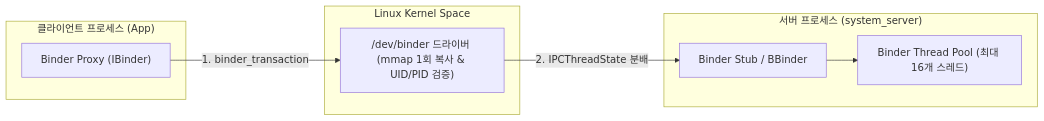
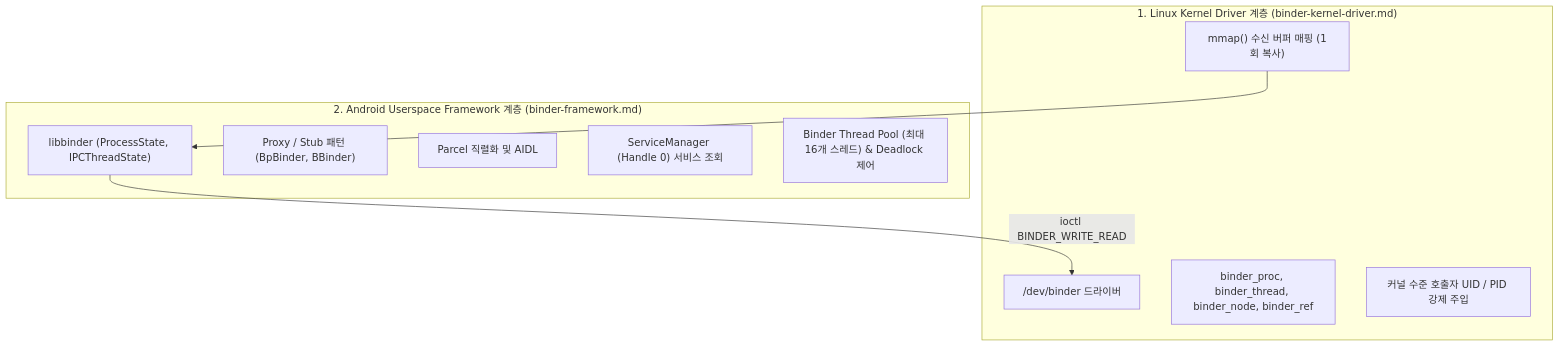
The diagram in 01_inbox/mobile/android/01_system_internals/binder-ipc.md (youngmin-gwon/what-i-studied), drawn with Mermaid before and after one commit. The commit also changed other lines of this file and 6 other files, not shown here.

````diff
--- a/01_inbox/mobile/android/01_system_internals/binder-ipc.md
+++ b/01_inbox/mobile/android/01_system_internals/binder-ipc.md
@@ -26,19 +18,20 @@
 ```mermaid
-graph LR
-    subgraph ClientProc ["클라이언트 프로세스 (App)"]
-        ClientProxy["Binder Proxy (IBinder)"]
+flowchart TD
+    subgraph "1. Linux Kernel Driver 계층 (binder-kernel-driver.md)"
+        Driver["/dev/binder 드라이버"]
+        Mmap["mmap() 수신 버퍼 매핑 (1회 복사)"]
+        KernelStruct["binder_proc, binder_thread, binder_node, binder_ref"]
+        Security["커널 수준 호출자 UID / PID 강제 주입"]
     end
 
-    subgraph KernelSpace ["Linux Kernel Space"]
-        BinderDriver["/dev/binder 드라이버 (mmap 1회 복사 & UID/PID 검증)"]
+    subgraph "2. Android Userspace Framework 계층 (binder-framework.md)"
+        Native["libbinder (ProcessState, IPCThreadState)"]
+        Pattern["Proxy / Stub 패턴 (BpBinder, BBinder)"]
+        Data["Parcel 직렬화 및 AIDL"]
+        Discovery["ServiceManager (Handle 0) 서비스 조회"]
+        Threads["Binder Thread Pool (최대 16개 스레드) & Deadlock 제어"]
     end
 
-    subgraph ServerProc ["서버 프로세스 (system_server)"]
-        BinderStub["Binder Stub / BBinder"]
-        ThreadPool["Binder Thread Pool (최대 16개 스레드)"]
-    end
-
-    ClientProxy -->|"1. binder_transaction"| BinderDriver
-    BinderDriver -->|"2. IPCThreadState 분배"| BinderStub
-    BinderStub --> ThreadPool
+    Native -->|ioctl BINDER_WRITE_READ| Driver
+    Mmap --> Native
 ```
````
